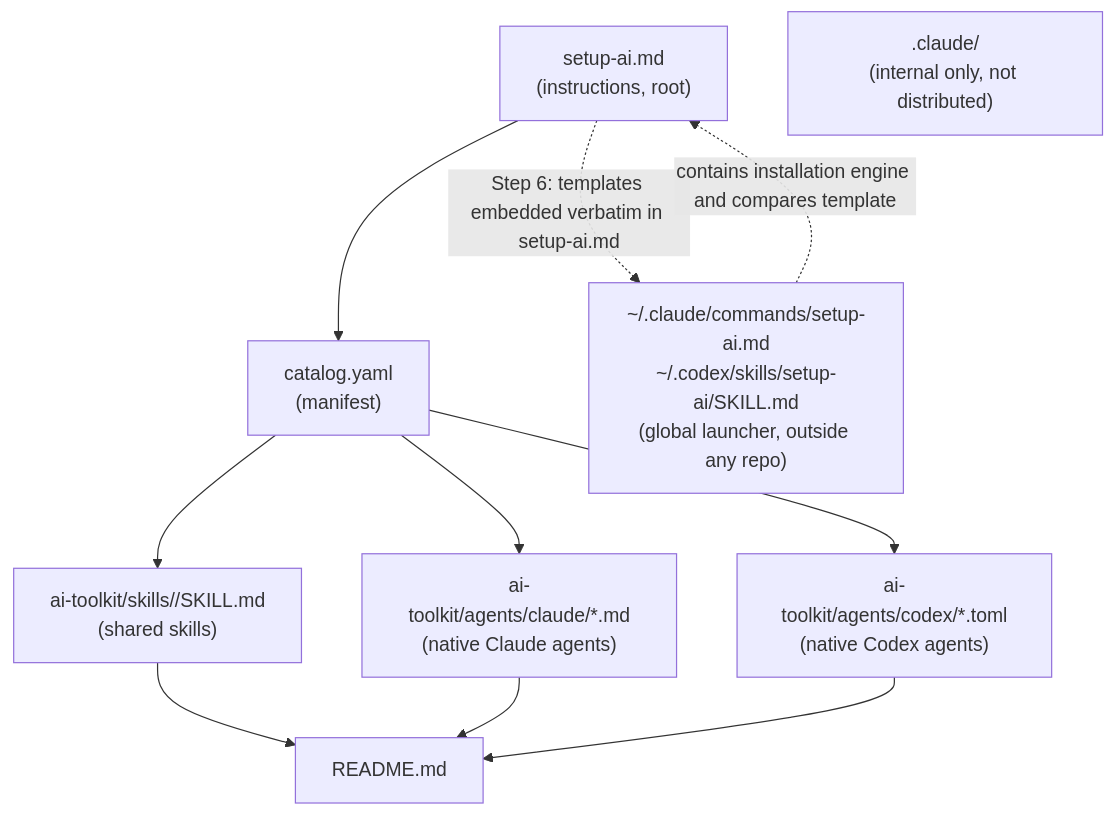
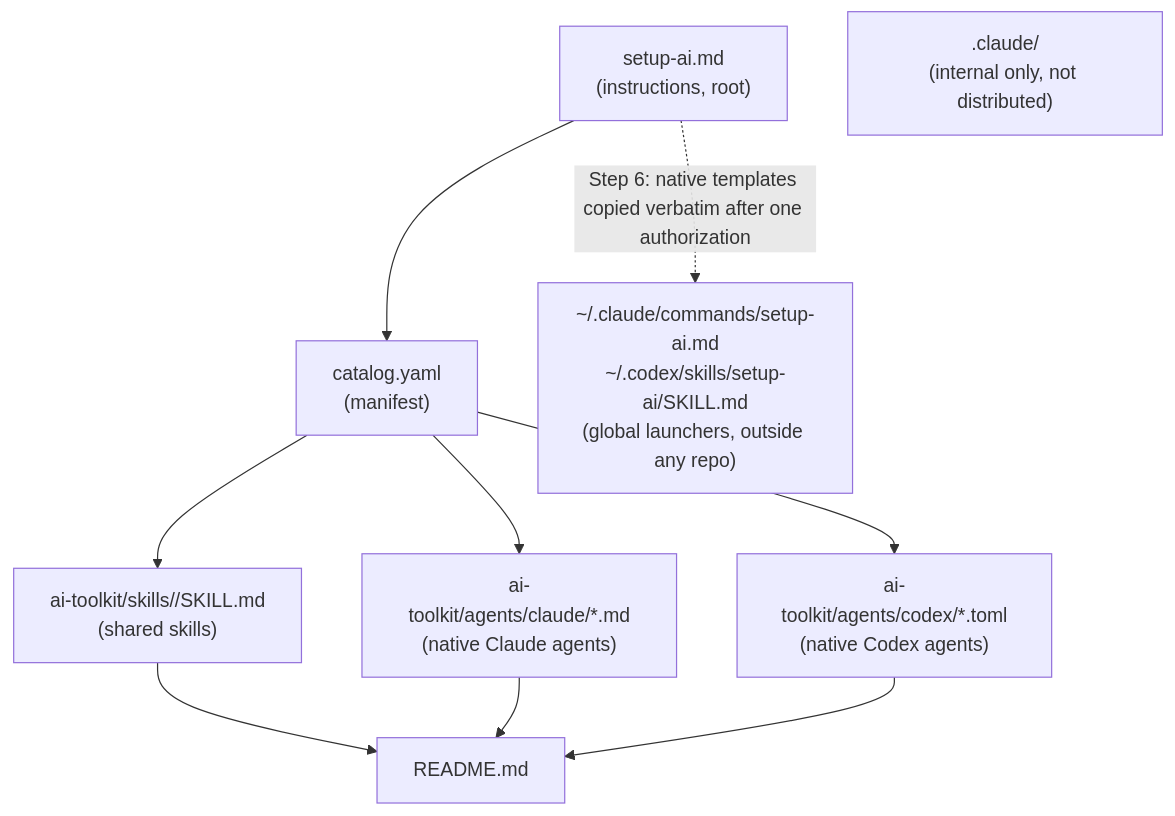
One commit to charlstown/my-aisy-toolkit changed the second of 3 diagrams in specs/tech-spec.md. Above: the diagram before and after it, drawn with Mermaid. The commit also changed other lines of this file and 5 other files, not shown here.

Commit message:
chore: clean setup-ai global launcher specs

````diff
--- a/specs/tech-spec.md
+++ b/specs/tech-spec.md
@@ -49,13 +47,12 @@
 ```mermaid
 flowchart TB
     SA["setup-ai.md<br/>(instructions, root)"] --> CAT["catalog.yaml<br/>(manifest)"]
     CAT --> SK["ai-toolkit/skills/<name>/SKILL.md<br/>(shared skills)"]
     CAT --> CA["ai-toolkit/agents/claude/*.md<br/>(native Claude agents)"]
     CAT --> CO["ai-toolkit/agents/codex/*.toml<br/>(native Codex agents)"]
     SK --> RM[README.md]
     CA --> RM
     CO --> RM
-    SA -.->|"Step 6: templates embedded verbatim in setup-ai.md"| GL["~/.claude/commands/setup-ai.md<br/>~/.codex/skills/setup-ai/SKILL.md<br/>(global launcher, outside any repo)"]
-    GL -.->|"contains installation engine and compares template"| SA
+    SA -.->|"Step 6: native templates copied verbatim after one authorization"| GL["~/.claude/commands/setup-ai.md<br/>~/.codex/skills/setup-ai/SKILL.md<br/>(global launchers, outside any repo)"]
     INT[".claude/<br/>(internal only, not distributed)"]
 ```
````
